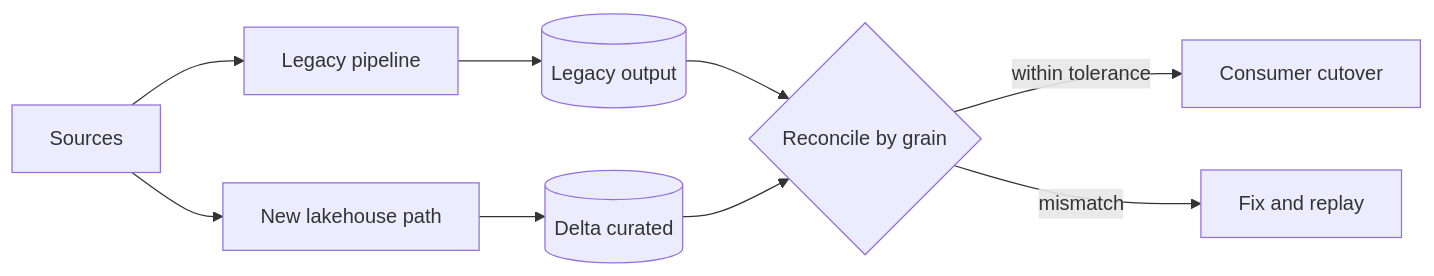
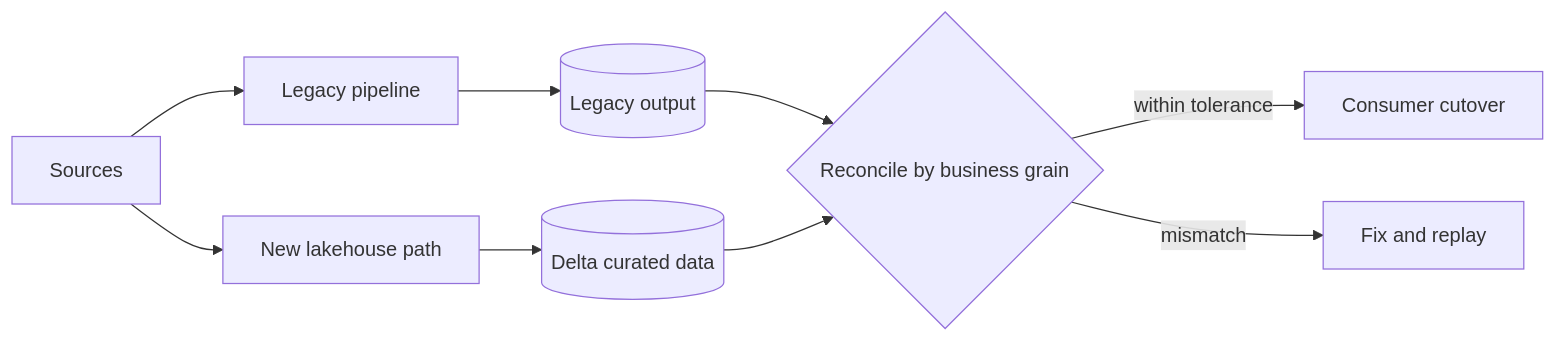
Before and after one commit to MarioOrellana58/data-engineering-interviews-study-guide: the diagram in intermediate/01-data-architecture/README.md, drawn with Mermaid. The commit also changed 9 other files, not shown here.

Commit message:
Fixed mermaid diagrams broken

````diff
--- a/intermediate/01-data-architecture/README.md
+++ b/intermediate/01-data-architecture/README.md
@@ -9,11 +9,11 @@
 ```mermaid
 flowchart LR
-    S[Sources] --> L[Legacy pipeline]
-    S --> N[New lakehouse path]
-    L --> O[(Legacy output)]
-    N --> D[(Delta curated)]
-    O --> R{Reconcile by grain}
+    S["Sources"] --> L["Legacy pipeline"]
+    S --> N["New lakehouse path"]
+    L --> O[("Legacy output")]
+    N --> D[("Delta curated data")]
+    O --> R{"Reconcile by business grain"}
     D --> R
-    R -->|within tolerance| C[Consumer cutover]
-    R -->|mismatch| F[Fix and replay]
+    R -->|"within tolerance"| C["Consumer cutover"]
+    R -->|"mismatch"| F["Fix and replay"]
 ```
````
